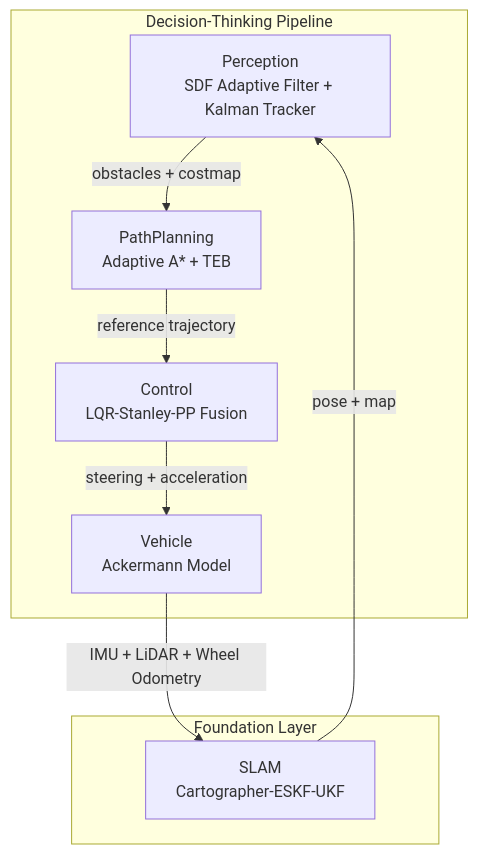
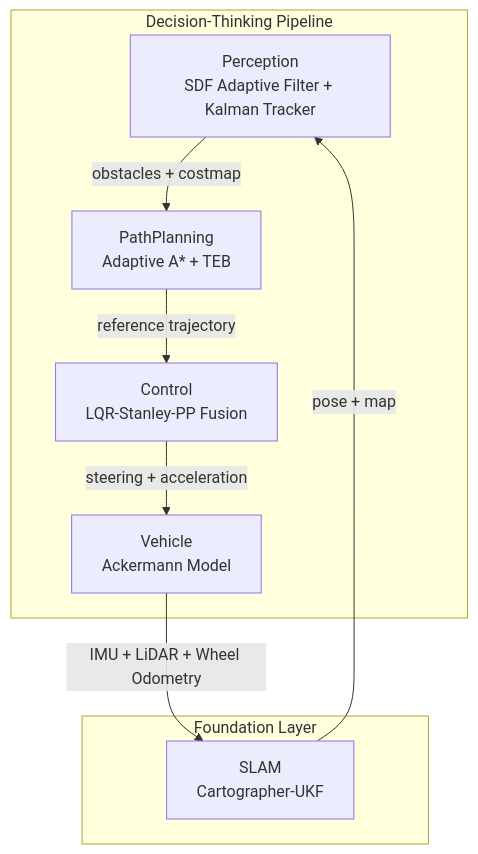
The diagram in README.md (Kat-yuan-eng/autonomous-driving), drawn with Mermaid before and after one commit. The commit also changed other lines of this file, not shown here.

Commit message:
fix: correct SLAM algorithm name from Cartographer-ESKF-UKF to Cartographer-UKF

````diff
--- a/README.md
+++ b/README.md
@@ -19,12 +19,12 @@
 ```mermaid
 flowchart TB
     subgraph MAIN[Decision-Thinking Pipeline]
         PERC[Perception<br/>SDF Adaptive Filter + Kalman Tracker] -->|obstacles + costmap| PLAN[PathPlanning<br/>Adaptive A* + TEB]
         PLAN -->|reference trajectory| CTRL[Control<br/>LQR-Stanley-PP Fusion]
         CTRL -->|steering + acceleration| VEH[Vehicle<br/>Ackermann Model]
     end
     subgraph FOUND[Foundation Layer]
-        SLAM[SLAM<br/>Cartographer-ESKF-UKF] -->|pose + map| PERC
+        SLAM[SLAM<br/>Cartographer-UKF] -->|pose + map| PERC
     end
     VEH -->|IMU + LiDAR + Wheel Odometry| SLAM
 ```
````
